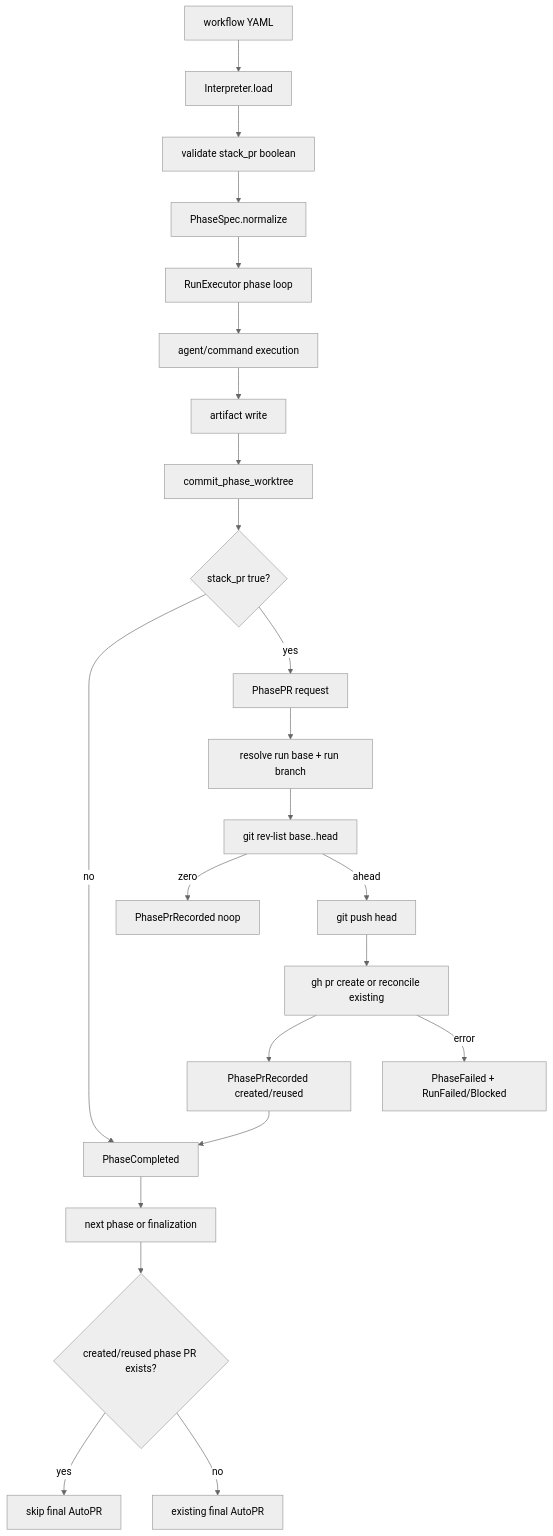
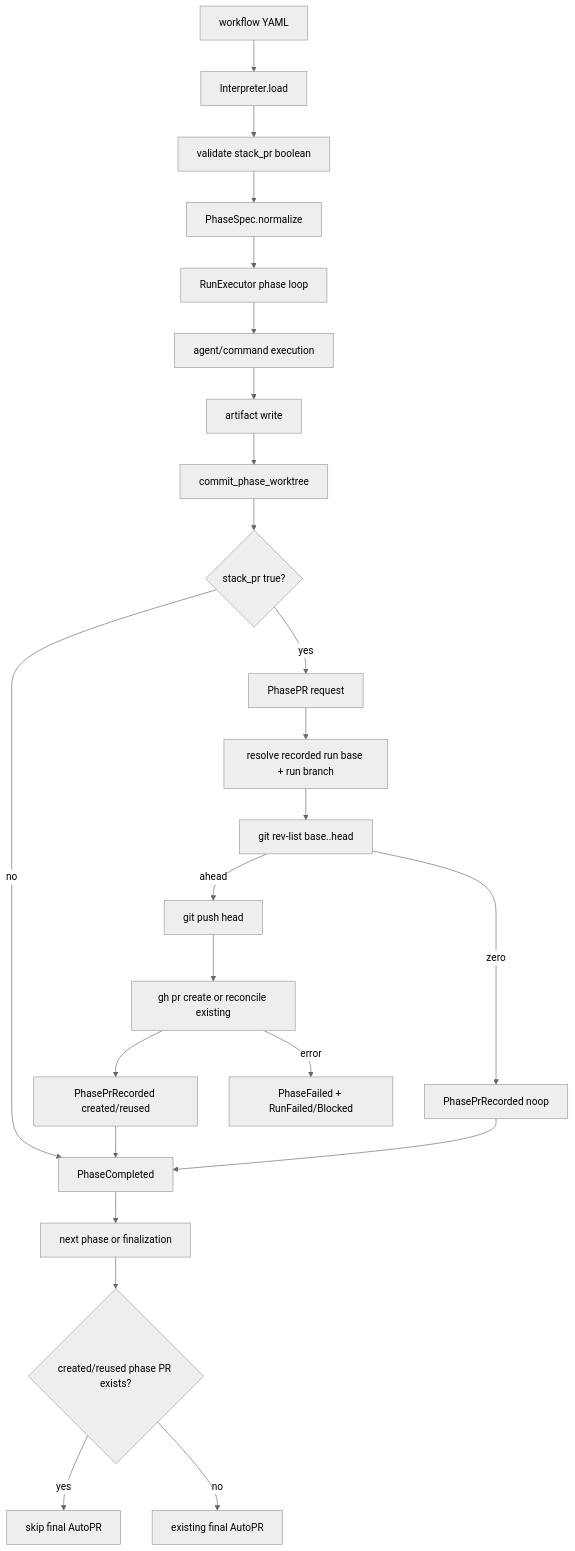
Before and after one commit to ldangelo/foreman: the diagram in docs/TRD/TRD-2026-e33bcab7-stacked-pr-phase-tag.md, drawn with Mermaid (neutral theme). The commit also changed other lines of this file, not shown here.

````diff
--- a/docs/TRD/TRD-2026-e33bcab7-stacked-pr-phase-tag.md
+++ b/docs/TRD/TRD-2026-e33bcab7-stacked-pr-phase-tag.md
@@ -135,25 +137,26 @@
 ```mermaid
 graph TD
   A[workflow YAML] --> B[Interpreter.load]
   B --> C[validate stack_pr boolean]
   C --> D[PhaseSpec.normalize]
   D --> E[RunExecutor phase loop]
   E --> F[agent/command execution]
   F --> G[artifact write]
   G --> H[commit_phase_worktree]
   H --> I{stack_pr true?}
   I -- no --> J[PhaseCompleted]
   I -- yes --> K[PhasePR request]
-  K --> L[resolve run base + run branch]
+  K --> L[resolve recorded run base + run branch]
   L --> M[git rev-list base..head]
   M -- zero --> N[PhasePrRecorded noop]
   M -- ahead --> O[git push head]
   O --> P[gh pr create or reconcile existing]
   P --> Q[PhasePrRecorded created/reused]
   P -- error --> R[PhaseFailed + RunFailed/Blocked]
   Q --> J
+  N --> J
   J --> S[next phase or finalization]
   S --> T{created/reused phase PR exists?}
   T -- yes --> U[skip final AutoPR]
   T -- no --> V[existing final AutoPR]
 ```
````
